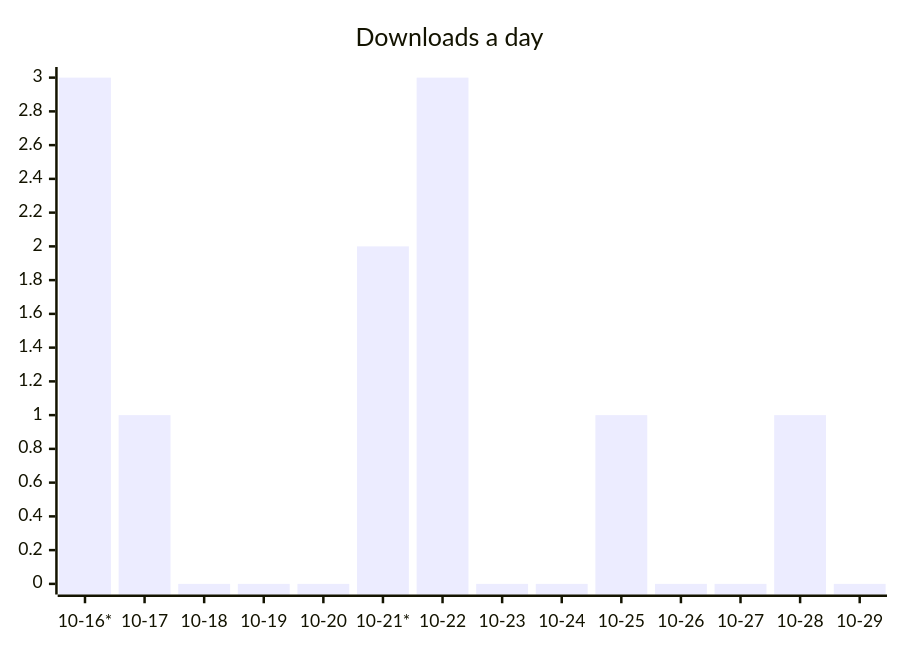
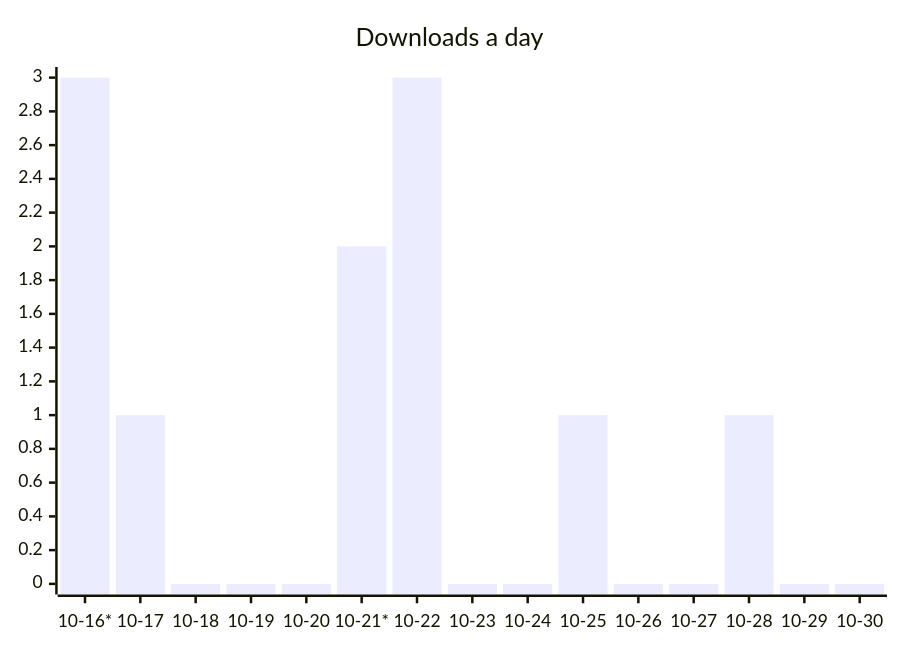
Before and after one commit to ArtemkaGoldMan/ContextSwitcher: the first of 3 diagrams in README.md, drawn with Mermaid. The commit also changed other lines of this file and 6 other files, not shown here.

````diff
--- a/README.md
+++ b/README.md
@@ -30,6 +30,6 @@
 ```mermaid
 xychart-beta
     title "Downloads a day"
-    x-axis ["10-16*", "10-17", "10-18", "10-19", "10-20", "10-21*", "10-22", "10-23", "10-24", "10-25", "10-26", "10-27", "10-28", "10-29"]
-    bar [3, 1, 0, 0, 0, 2, 3, 0, 0, 1, 0, 0, 1, 0]
+    x-axis ["10-16*", "10-17", "10-18", "10-19", "10-20", "10-21*", "10-22", "10-23", "10-24", "10-25", "10-26", "10-27", "10-28", "10-29", "10-30"]
+    bar [3, 1, 0, 0, 0, 2, 3, 0, 0, 1, 0, 0, 1, 0, 0]
 ```
````
